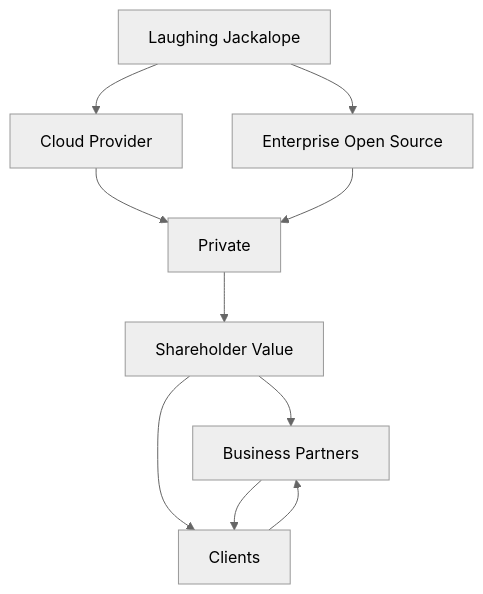
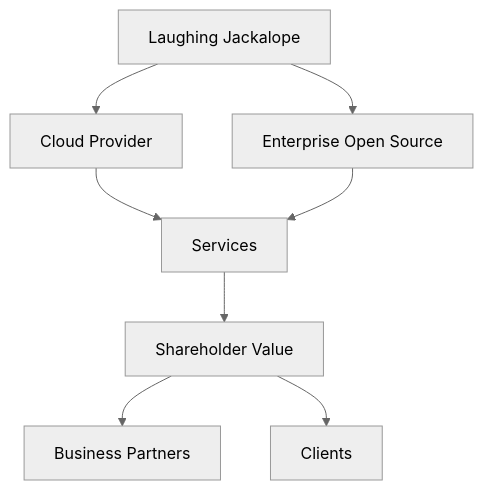
One commit to LaughingJackalope/LaughingJackalope changed the diagram in README.md. Above: the diagram before and after it, drawn with Mermaid (neutral theme). The commit also changed other lines of this file, not shown here.

Commit message:
mermaid diagrams confirmed

````diff
--- a/README.md
+++ b/README.md
@@ -13,12 +13,12 @@
 ```mermaid
 graph TD;
     A[Laughing Jackalope] --> B[Cloud Provider];
     A --> C[Enterprise Open Source];
-    B --> D[Private];
+    B --> D[Services];
     C --> D;
     D --> E[Shareholder Value];
     E --> F[Business Partners];
     E --> G[Clients];
-    F --> G;
-    G --> F;
+
+
 ```
````
